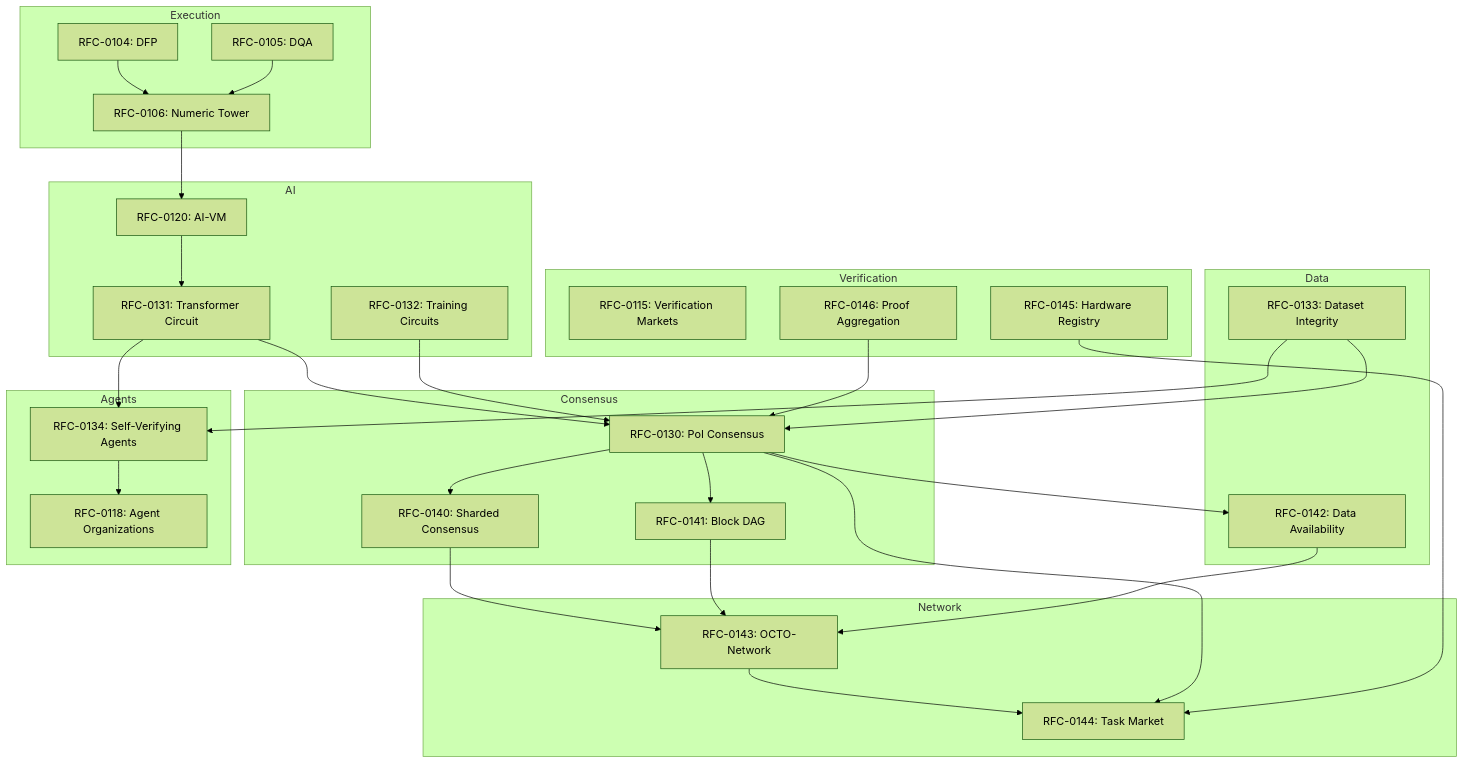
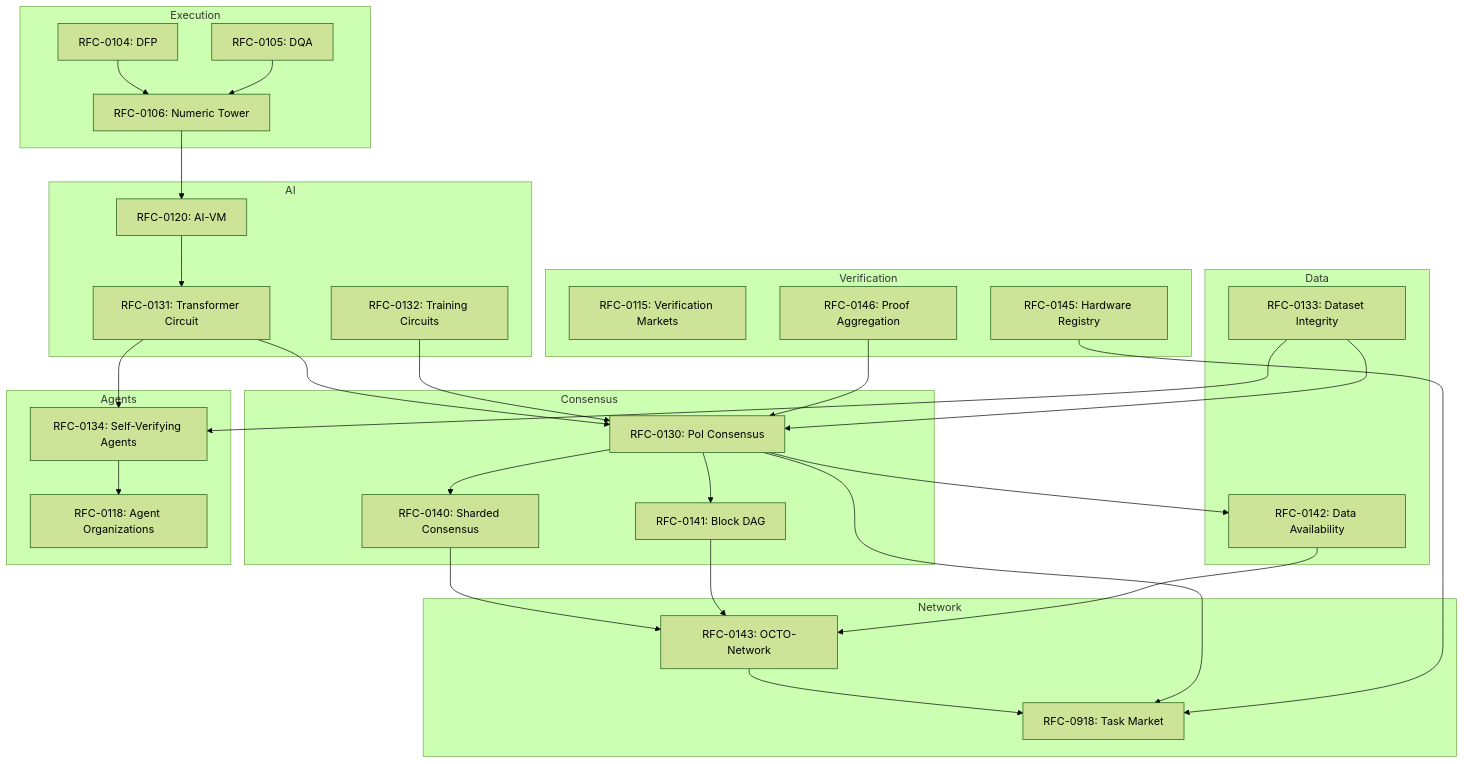
The first of 2 diagrams in rfcs/draft/process/0000-cipherocto-architecture-overview.md (CipherOcto/cipherocto), drawn with Mermaid (forest theme) before and after one commit. The commit also changed other lines of this file and 3 other files, not shown here.

First line of the commit message:
Update RFC-0144 references to RFC-0918 (Inference Task Market)

````diff
--- a/rfcs/draft/process/0000-cipherocto-architecture-overview.md
+++ b/rfcs/draft/process/0000-cipherocto-architecture-overview.md
@@ -141,62 +141,62 @@
 ```mermaid
 graph TD
     subgraph Execution
         RFC0104[RFC-0104: DFP]
         RFC0105[RFC-0105: DQA]
         RFC0106[RFC-0106: Numeric Tower]
     end
 
     subgraph AI
         RFC0120[RFC-0120: AI-VM]
         RFC0131[RFC-0131: Transformer Circuit]
         RFC0132[RFC-0132: Training Circuits]
     end
 
     subgraph Data
         RFC0133[RFC-0133: Dataset Integrity]
         RFC0142[RFC-0142: Data Availability]
     end
 
     subgraph Verification
         RFC0115[RFC-0115: Verification Markets]
         RFC0145[RFC-0145: Hardware Registry]
         RFC0146[RFC-0146: Proof Aggregation]
     end
 
     subgraph Consensus
         RFC0130[RFC-0130: PoI Consensus]
         RFC0140[RFC-0140: Sharded Consensus]
         RFC0141[RFC-0141: Block DAG]
     end
 
     subgraph Network
         RFC0143[RFC-0143: OCTO-Network]
-        RFC0144[RFC-0144: Task Market]
+        RFC0144[RFC-0918: Task Market]
     end
 
     subgraph Agents
         RFC0134[RFC-0134: Self-Verifying Agents]
         RFC0118[RFC-0118: Agent Organizations]
     end
 
     RFC0104 --> RFC0106
     RFC0105 --> RFC0106
     RFC0106 --> RFC0120
     RFC0120 --> RFC0131
     RFC0131 --> RFC0130
     RFC0132 --> RFC0130
     RFC0133 --> RFC0130
     RFC0130 --> RFC0140
     RFC0130 --> RFC0141
     RFC0130 --> RFC0142
     RFC0140 --> RFC0143
     RFC0141 --> RFC0143
     RFC0142 --> RFC0143
     RFC0143 --> RFC0144
     RFC0130 --> RFC0144
     RFC0131 --> RFC0134
     RFC0133 --> RFC0134
     RFC0134 --> RFC0118
     RFC0145 --> RFC0144
     RFC0146 --> RFC0130
 ```
````
